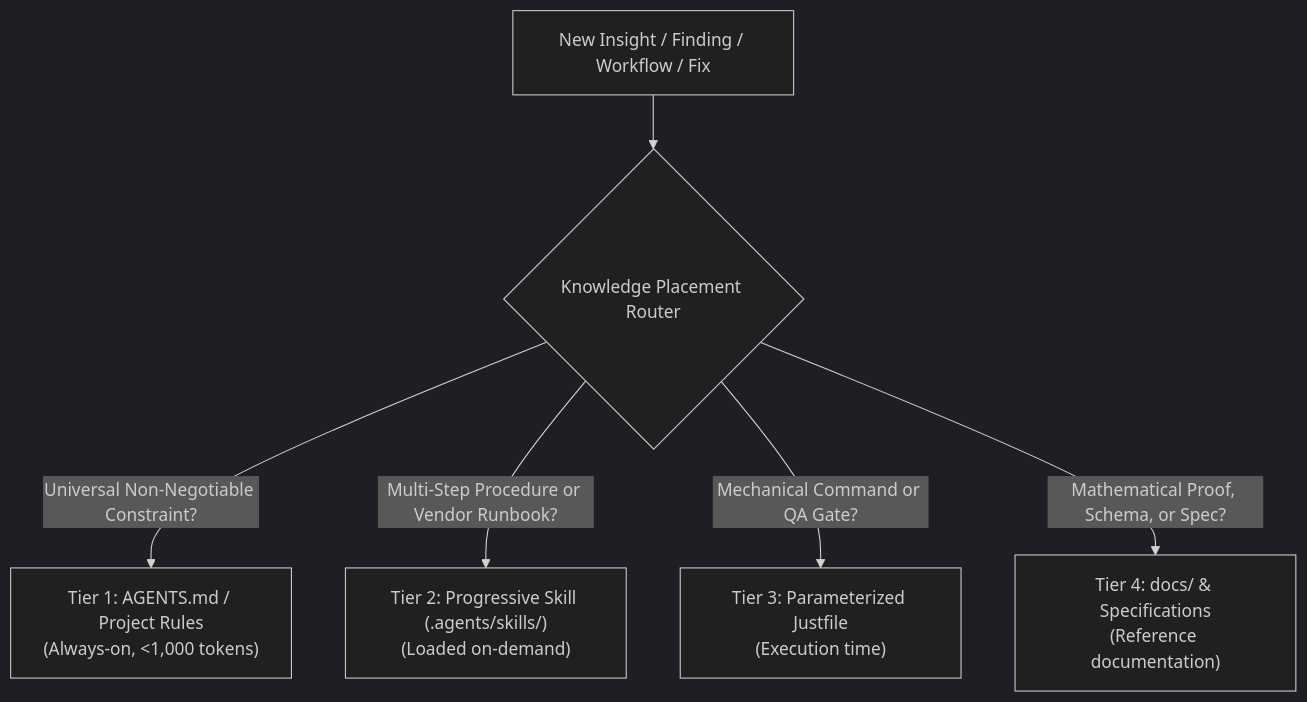
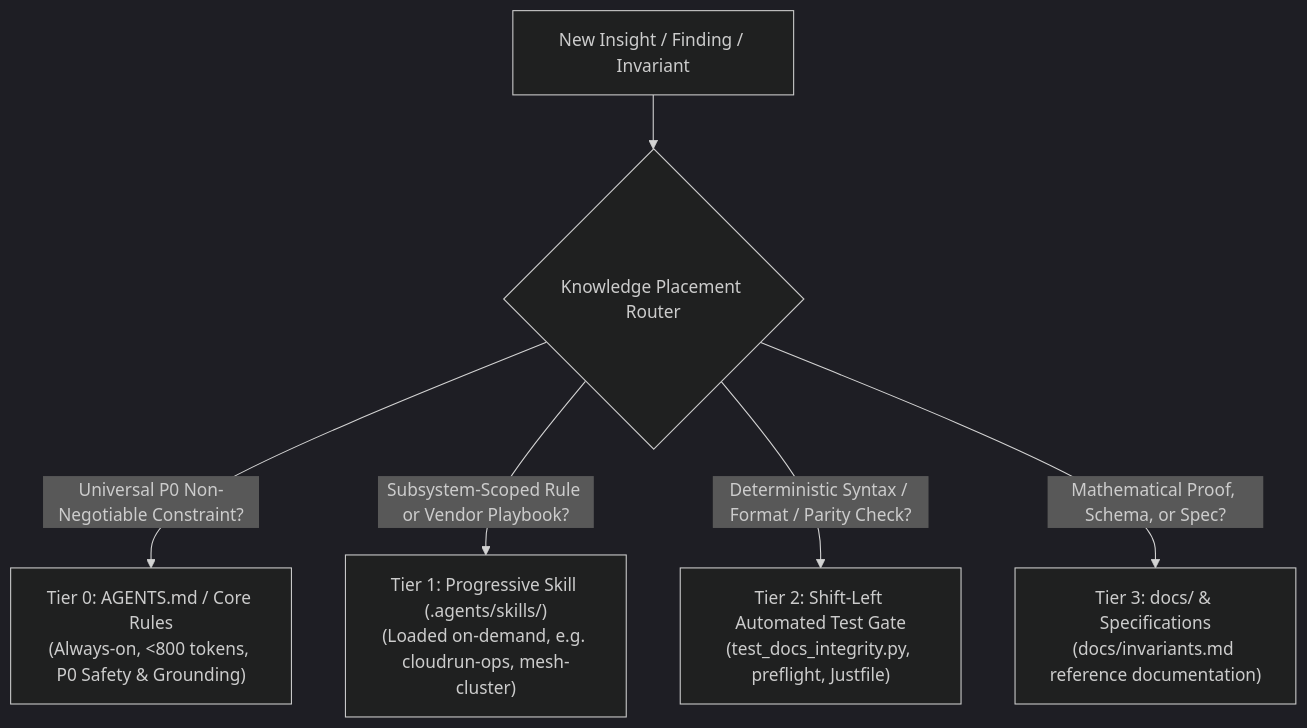
One commit to artibyrd/credence-agent changed the diagram in .agents/skills/knowledge-governance/SKILL.md. Above: the diagram before and after it, drawn with Mermaid (dark theme). The commit also changed other lines of this file and 3 other files, not shown here.

Commit message:
feat(ecosystem): release v1.15.0 - scale-to-zero cold start optimization, invariant knowledge governance, and real-time mesh telemetry dashboard

````diff
--- a/.agents/skills/knowledge-governance/SKILL.md
+++ b/.agents/skills/knowledge-governance/SKILL.md
@@ -16,9 +16,9 @@
 ```mermaid
 flowchart TD
-    Insight["New Insight / Finding / Workflow / Fix"] --> Route{"Knowledge Placement Router"}
+    Insight["New Insight / Finding / Invariant"] --> Route{"Knowledge Placement Router"}
     
-    Route -->|"Universal Non-Negotiable Constraint?"| Tier1["Tier 1: AGENTS.md / Project Rules<br/>(Always-on, <1,000 tokens)"]
-    Route -->|"Multi-Step Procedure or Vendor Runbook?"| Tier2["Tier 2: Progressive Skill (.agents/skills/)<br/>(Loaded on-demand)"]
-    Route -->|"Mechanical Command or QA Gate?"| Tier3["Tier 3: Parameterized Justfile<br/>(Execution time)"]
-    Route -->|"Mathematical Proof, Schema, or Spec?"| Tier4["Tier 4: docs/ & Specifications<br/>(Reference documentation)"]
+    Route -->|"Universal P0 Non-Negotiable Constraint?"| Tier0["Tier 0: AGENTS.md / Core Rules<br/>(Always-on, &lt;800 tokens, P0 Safety &amp; Grounding)"]
+    Route -->|"Subsystem-Scoped Rule or Vendor Playbook?"| Tier1["Tier 1: Progressive Skill (.agents/skills/)<br/>(Loaded on-demand, e.g. cloudrun-ops, mesh-cluster)"]
+    Route -->|"Deterministic Syntax / Format / Parity Check?"| Tier2["Tier 2: Shift-Left Automated Test Gate<br/>(test_docs_integrity.py, preflight, Justfile)"]
+    Route -->|"Mathematical Proof, Schema, or Spec?"| Tier3["Tier 3: docs/ & Specifications<br/>(docs/invariants.md reference documentation)"]
 ```
````
